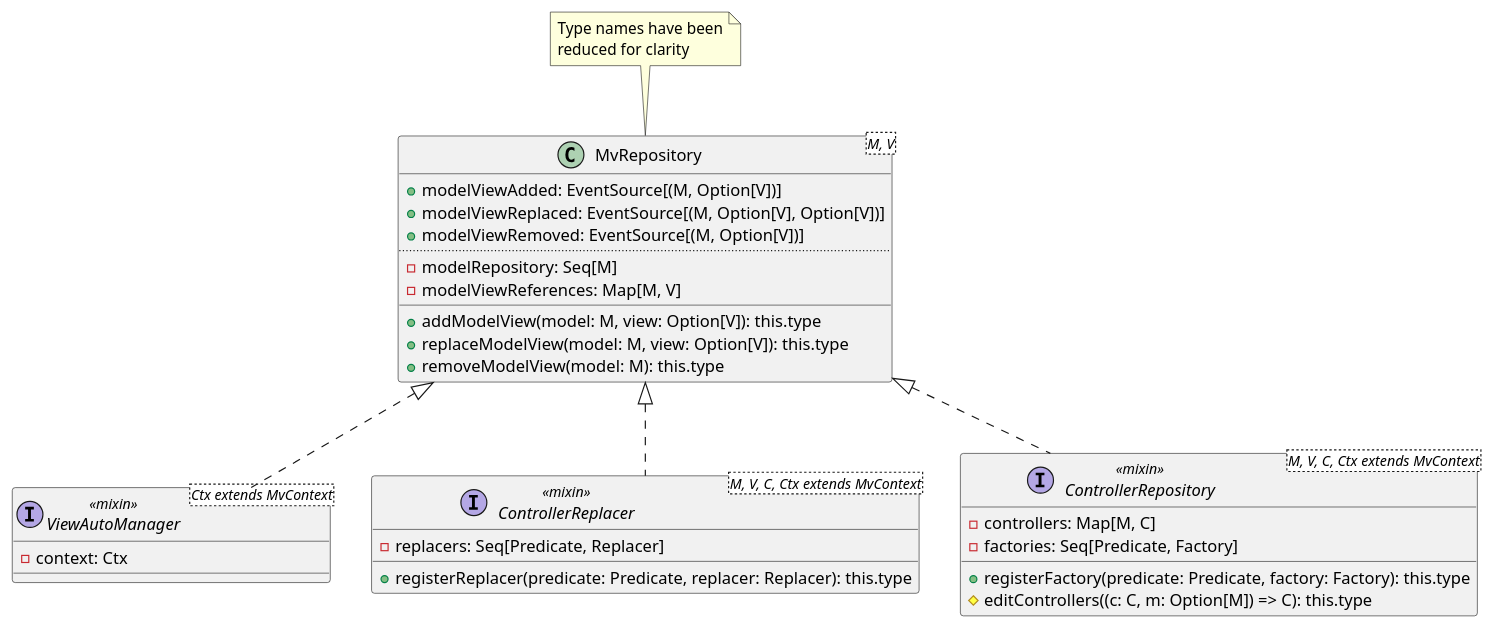
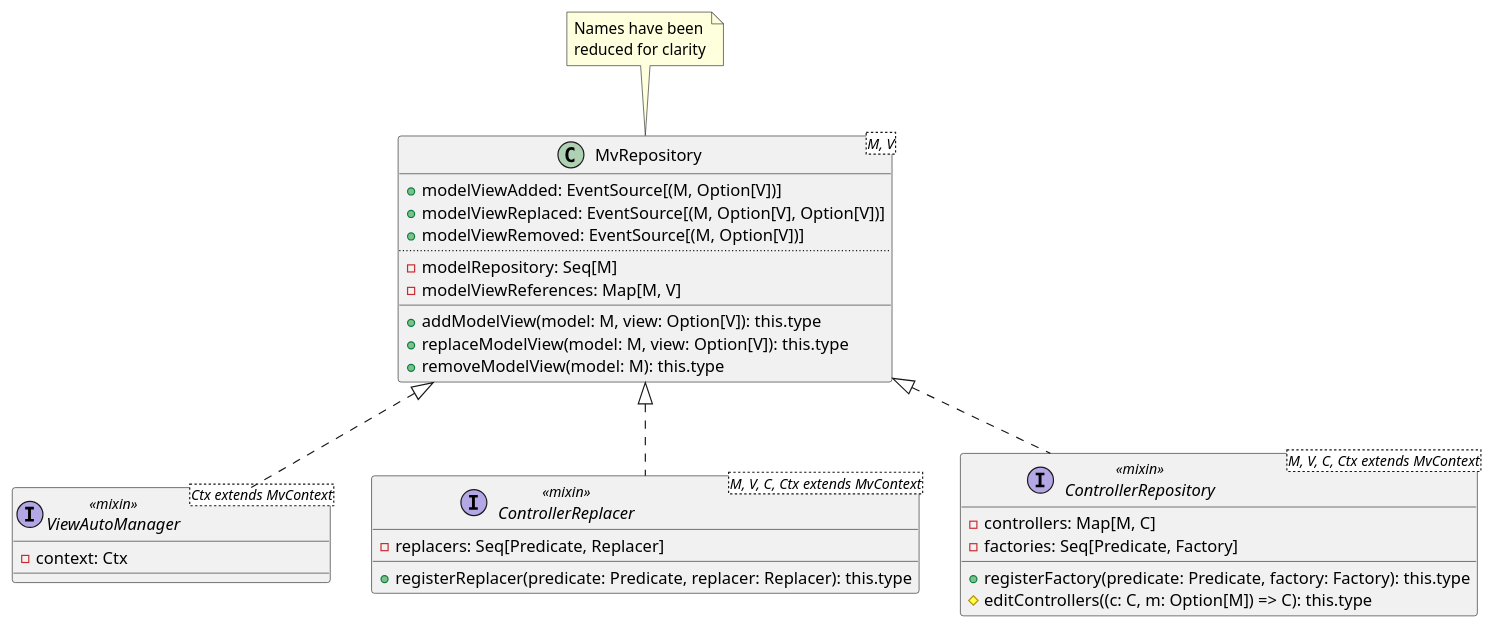
Before and after one commit to Alb-Ard/PPS-23-sbtanks: the fourth of 6 diagrams in docs/4_Design_di_dettaglio.md, drawn with PlantUML. The commit also changed other lines of this file and 1 other file, not shown here.

````diff
--- a/docs/4_Design_di_dettaglio.md
+++ b/docs/4_Design_di_dettaglio.md
@@ -157,40 +158,40 @@
 ```plantuml
 @startuml
 together {
 class MvRepository <M, V> {
 +modelViewAdded: EventSource[(M, Option[V])]
 +modelViewReplaced: EventSource[(M, Option[V], Option[V])]
 +modelViewRemoved: EventSource[(M, Option[V])]
 ..
 -modelRepository: Seq[M]
 -modelViewReferences: Map[M, V]
 __
 +addModelView(model: M, view: Option[V]): this.type
 +replaceModelView(model: M, view: Option[V]): this.type
 +removeModelView(model: M): this.type
 }
-note top of MvRepository : Type names have been\nreduced for clarity
+note top of MvRepository : Names have been\nreduced for clarity
 }
 
 together {
 interface ControllerRepository <M, V, C, Ctx extends MvContext> <<mixin>> {
 -controllers: Map[M, C]
 -{field}factories: Seq[Predicate, Factory]
 +registerFactory(predicate: Predicate, factory: Factory): this.type
 #editControllers((c: C, m: Option[M]) => C): this.type
 }
 MvRepository <|.. ControllerRepository
 
 interface ControllerReplacer <M, V, C, Ctx extends MvContext> <<mixin>> {
 -{field}replacers: Seq[Predicate, Replacer]
 +registerReplacer(predicate: Predicate, replacer: Replacer): this.type
 }
 MvRepository <|.. ControllerReplacer
 }
 
 interface ViewAutoManager <Ctx extends MvContext> <<mixin>> {
 -context: Ctx
 }
 MvRepository <|.. ViewAutoManager
 @enduml
 ```
````
